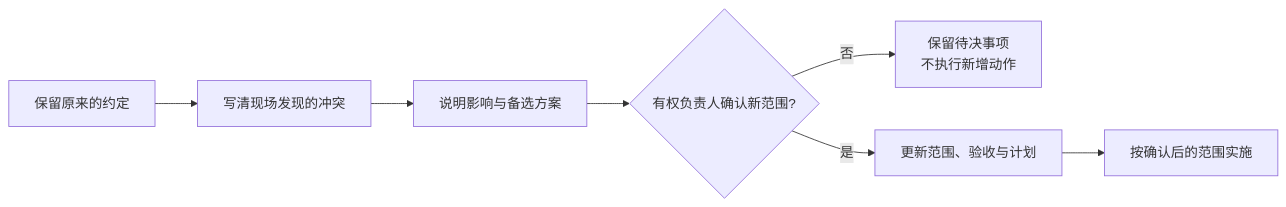
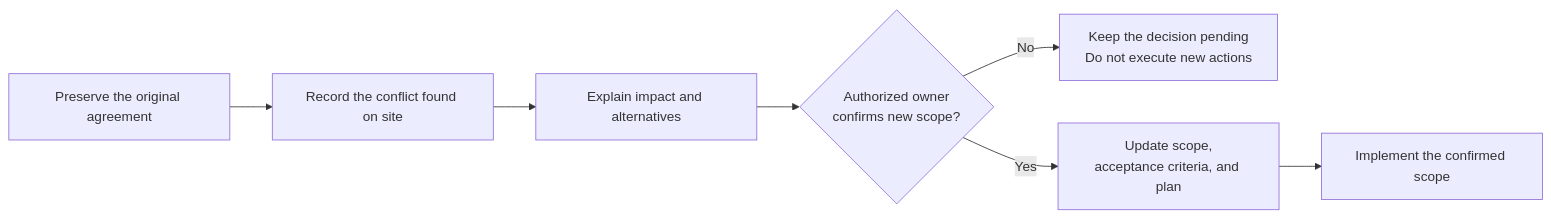
One commit to oneleaveknowsthefall/awesome-ai-roadmap changed the diagram in docs/fde/02-field-practice/02-delivery-lessons.md. Above: the diagram before and after it, drawn with Mermaid. The commit also changed other lines of this file and 82 other files, not shown here.

````diff
--- a/docs/fde/02-field-practice/02-delivery-lessons.md
+++ b/docs/fde/02-field-practice/02-delivery-lessons.md
@@ -35,9 +35,9 @@
 ```mermaid
 flowchart LR
-    A["保留原来的约定"] --> B["写清现场发现的冲突"]
-    B --> C["说明影响与备选方案"]
-    C --> D{"有权负责人确认新范围?"}
-    D -->|否| E["保留待决事项<br/>不执行新增动作"]
-    D -->|是| F["更新范围、验收与计划"]
-    F --> G["按确认后的范围实施"]
+    A["Preserve the original agreement"] --> B["Record the conflict found on site"]
+    B --> C["Explain impact and alternatives"]
+    C --> D{"Authorized owner<br/>confirms new scope?"}
+    D -->|No| E["Keep the decision pending<br/>Do not execute new actions"]
+    D -->|Yes| F["Update scope,<br/>acceptance criteria, and plan"]
+    F --> G["Implement the confirmed scope"]
 ```
````
